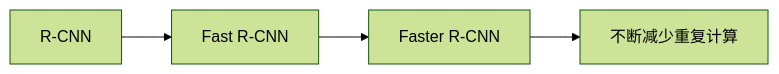
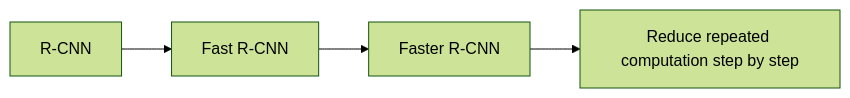
The diagram in docs/ch10-computer-vision/ch03-detection/02-classic-detectors.md (oudbiao/AI-fullstack-course), drawn with Mermaid (forest theme) before and after one commit. The commit also changed other lines of this file and 1406 other files, not shown here.

````diff
--- a/docs/ch10-computer-vision/ch03-detection/02-classic-detectors.md
+++ b/docs/ch10-computer-vision/ch03-detection/02-classic-detectors.md
@@ -31,6 +31,6 @@
 ```mermaid
 flowchart LR
     A["R-CNN"] --> B["Fast R-CNN"]
     B --> C["Faster R-CNN"]
-    C --> D["不断减少重复计算"]
+    C --> D["Reduce repeated computation step by step"]
 ```
````
